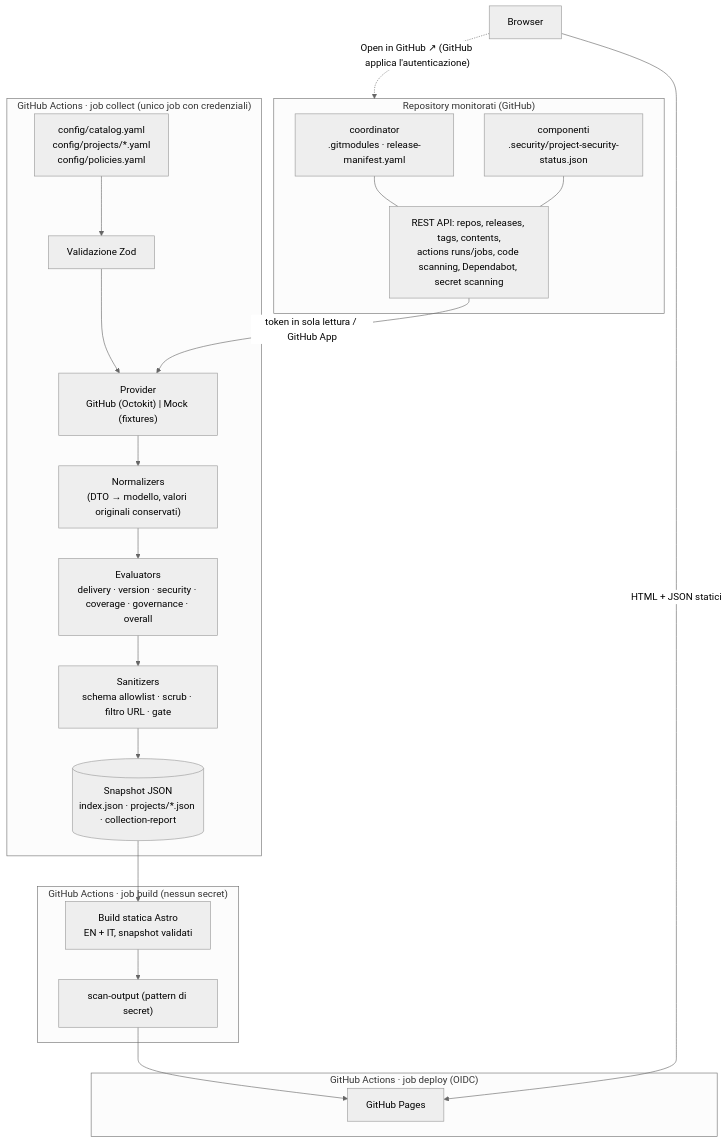
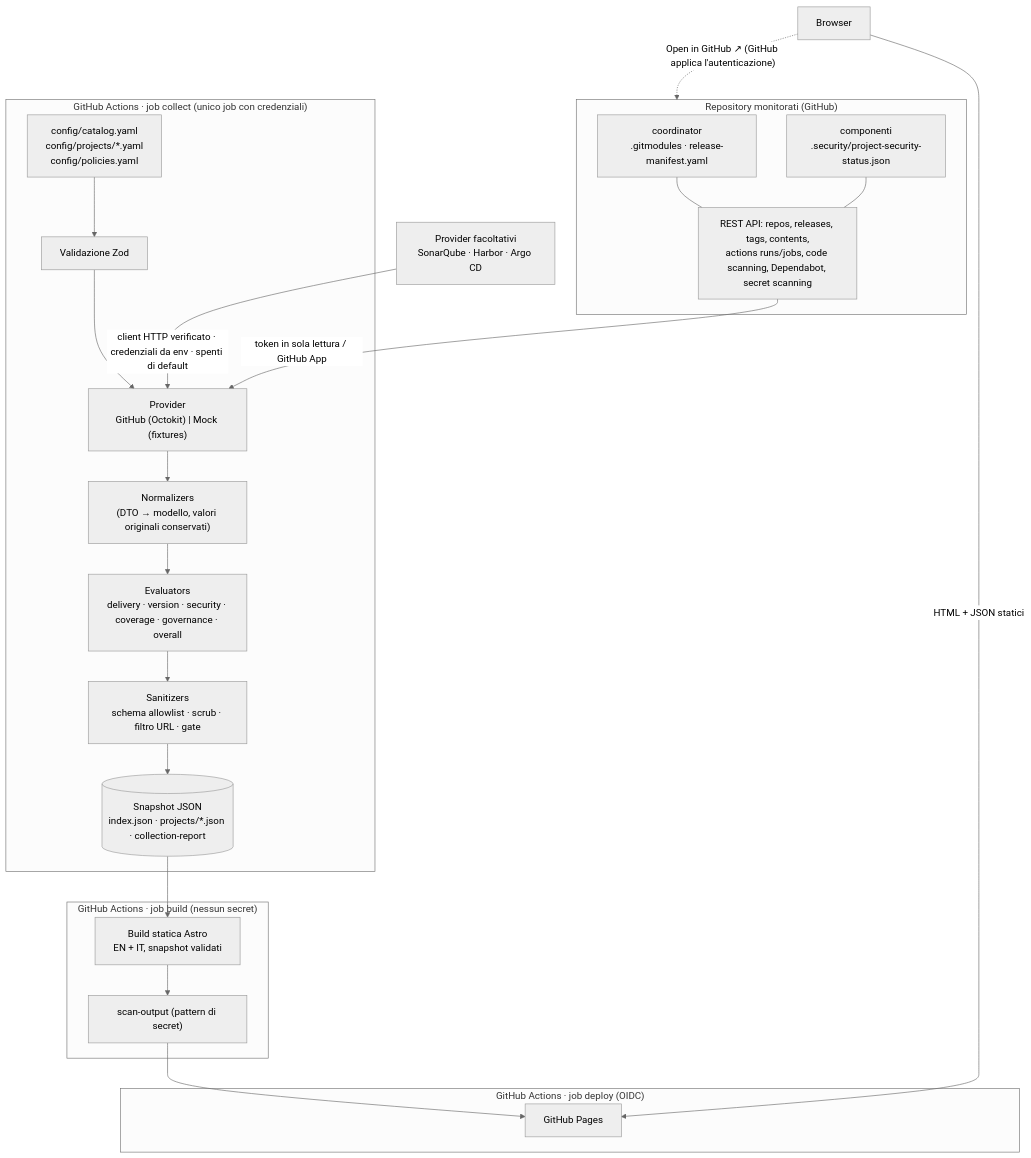
Before and after one commit to massimilianolapuma/engineering-project-hub: the diagram in docs/it/architecture.md, drawn with Mermaid (neutral theme). The commit also changed other lines of this file and 148 other files, not shown here.

First line of the commit message:
feat: supply chain providers — SBOM, attestations, Trivy/Checkov/ZAP, SonarQube, Harbor, Argo CD (schema 1.8) (#43)

````diff
--- a/docs/it/architecture.md
+++ b/docs/it/architecture.md
@@ -20,32 +20,35 @@
 ```mermaid
 flowchart TB
   subgraph Sources["Repository monitorati (GitHub)"]
     COORD["coordinator<br/>.gitmodules · release-manifest.yaml"]
     COMP["componenti<br/>.security/project-security-status.json"]
     API["REST API: repos, releases, tags, contents,<br/>actions runs/jobs, code scanning, Dependabot, secret scanning"]
     COORD --- API
     COMP --- API
   end
+
+  EXT["Provider facoltativi<br/>SonarQube · Harbor · Argo CD"]
 
   subgraph Collect["GitHub Actions · job collect (unico job con credenziali)"]
     CFG["config/catalog.yaml<br/>config/projects/*.yaml<br/>config/policies.yaml"] --> VAL["Validazione Zod"]
     VAL --> PROV["Provider<br/>GitHub (Octokit) | Mock (fixtures)"]
     PROV --> NORM["Normalizers<br/>(DTO → modello, valori originali conservati)"]
     NORM --> EVAL["Evaluators<br/>delivery · version · security · coverage · governance · overall"]
     EVAL --> SAN["Sanitizers<br/>schema allowlist · scrub · filtro URL · gate"]
     SAN --> SNAP[("Snapshot JSON<br/>index.json · projects/*.json · collection-report")]
   end
 
   subgraph Build["GitHub Actions · job build (nessun secret)"]
     SNAP --> ASTRO["Build statica Astro<br/>EN + IT, snapshot validati"]
     ASTRO --> SCAN["scan-output (pattern di secret)"]
   end
 
   subgraph Publish["GitHub Actions · job deploy (OIDC)"]
     SCAN --> PAGES["GitHub Pages"]
   end
 
   API -- token in sola lettura / GitHub App --> PROV
+  EXT -- "client HTTP verificato · credenziali da env · spenti di default" --> PROV
   USER["Browser"] -- HTML + JSON statici --> PAGES
   USER -. "Open in GitHub ↗ (GitHub applica l'autenticazione)" .-> Sources
 ```
````
